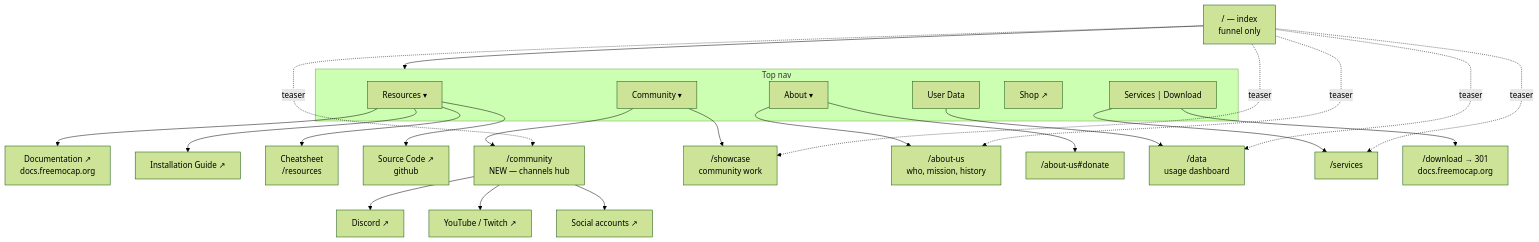
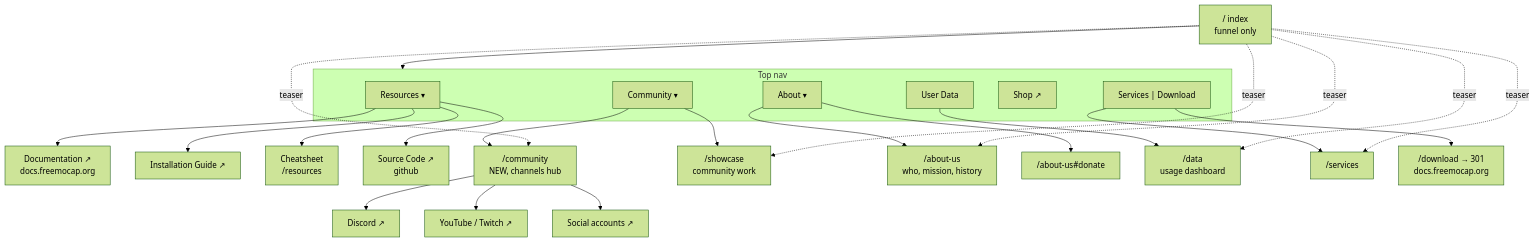
One commit to freemocap/freemocap_dot_org changed the diagram in SITE-ARCHITECTURE.md. Above: the diagram before and after it, drawn with Mermaid (forest theme). The commit also changed other lines of this file, not shown here.

First line of the commit message:
Remove em-dashes from the architecture doc

````diff
--- a/SITE-ARCHITECTURE.md
+++ b/SITE-ARCHITECTURE.md
@@ -58,39 +58,39 @@
 ```mermaid
 flowchart TD
-    Home["/ — index<br/>funnel only"]
+    Home["/ index<br/>funnel only"]
 
     subgraph nav["Top nav"]
         R["Resources ▾"]
         C["Community ▾"]
         A["About ▾"]
         D["User Data"]
         S["Shop ↗"]
         CTA["Services | Download"]
     end
 
     Home --> nav
 
     R --> Docs["Documentation ↗<br/>docs.freemocap.org"]
     R --> Install["Installation Guide ↗"]
     R --> Sheet["Cheatsheet<br/>/resources"]
     R --> Code["Source Code ↗<br/>github"]
 
-    C --> Comm["/community<br/>NEW — channels hub"]
+    C --> Comm["/community<br/>NEW, channels hub"]
     C --> Show["/showcase<br/>community work"]
     Comm --> Discord["Discord ↗"]
     Comm --> Video["YouTube / Twitch ↗"]
     Comm --> Social["Social accounts ↗"]
 
     A --> About["/about-us<br/>who, mission, history"]
     A --> Donate["/about-us#donate"]
 
     D --> Data["/data<br/>usage dashboard"]
     CTA --> Serv["/services"]
     CTA --> Dl["/download → 301<br/>docs.freemocap.org"]
 
     Home -.teaser.-> Show
     Home -.teaser.-> Data
     Home -.teaser.-> About
     Home -.teaser.-> Serv
     Home -.teaser.-> Comm
 ```
````
